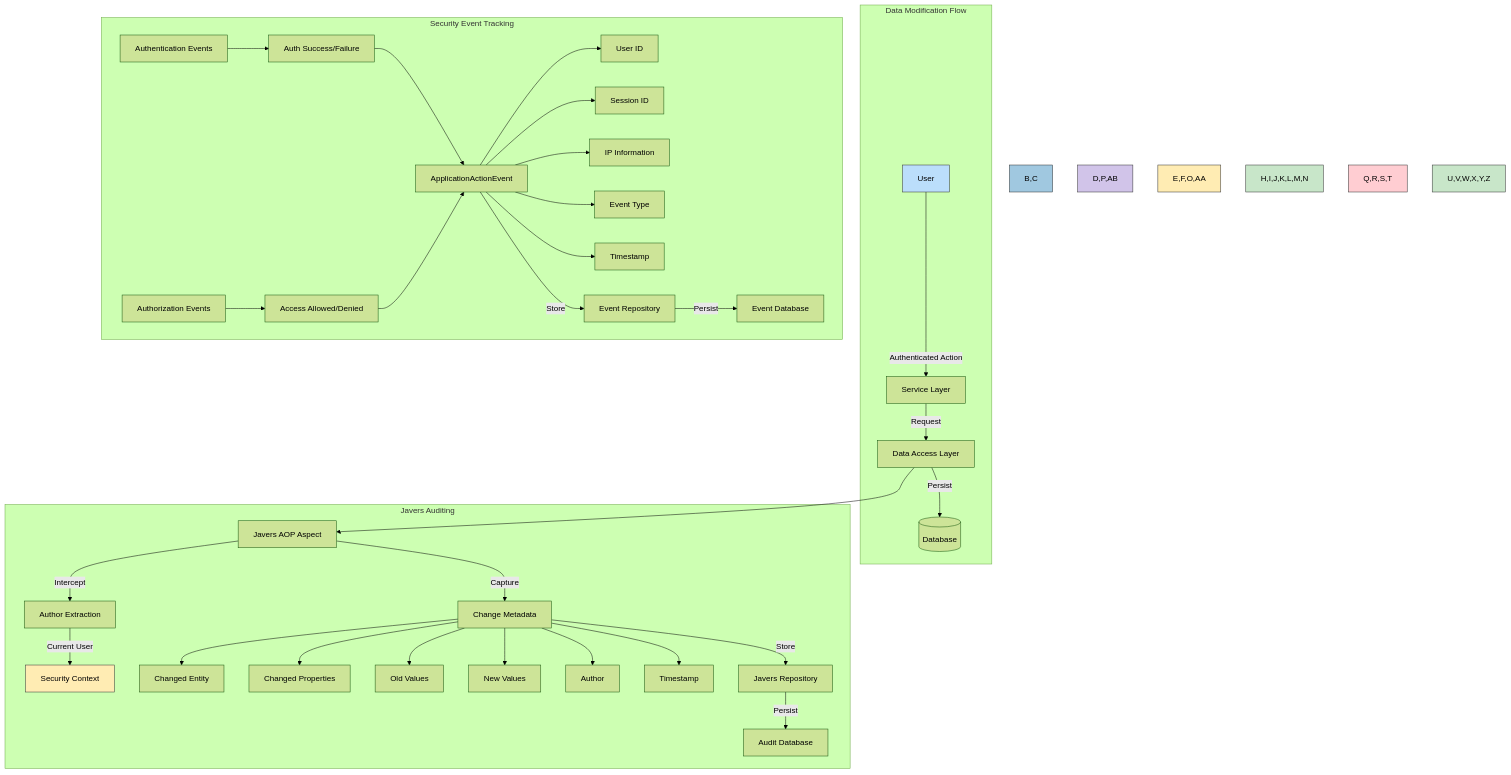
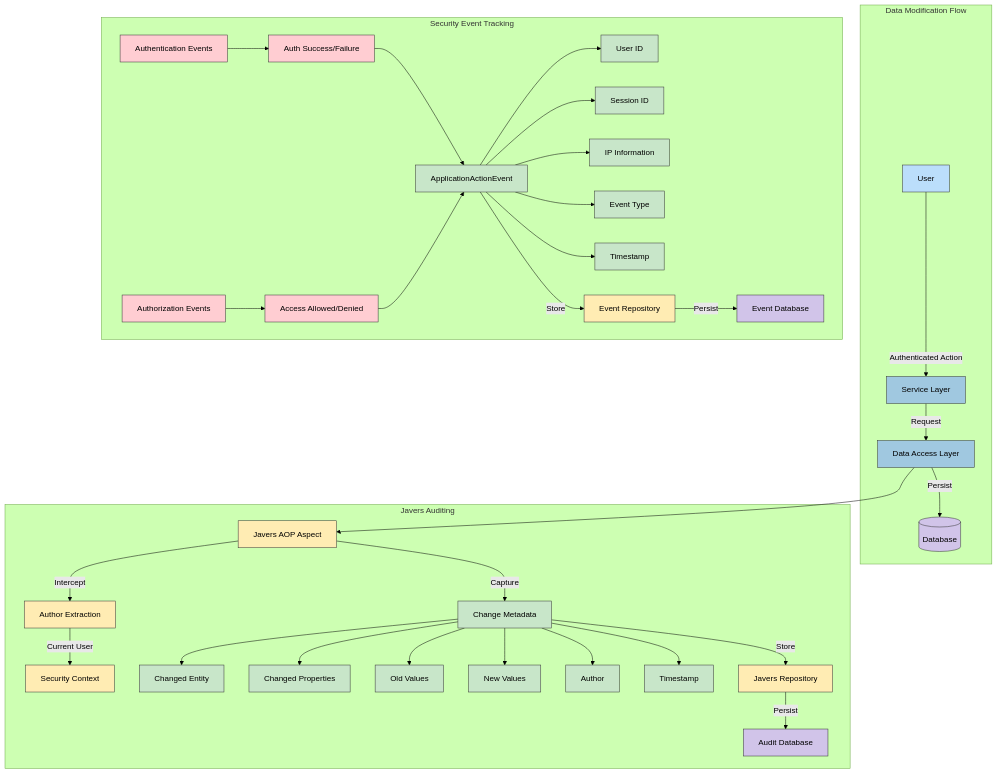
One commit to Hack23/cia changed the second of 9 diagrams in SECURITY_ARCHITECTURE.md. Above: the diagram before and after it, drawn with Mermaid (forest theme). The commit also changed other lines of this file, not shown here.

````diff
--- a/SECURITY_ARCHITECTURE.md
+++ b/SECURITY_ARCHITECTURE.md
@@ -92,49 +94,54 @@
 ```mermaid
 flowchart TD
+    classDef user fill:#bbdefb,stroke:#333,stroke-width:1px
+    classDef service fill:#a0c8e0,stroke:#333,stroke-width:1px
+    classDef database fill:#d1c4e9,stroke:#333,stroke-width:1px
+    classDef audit fill:#ffecb3,stroke:#333,stroke-width:1px,color:black
+    classDef event fill:#ffcdd2,stroke:#333,stroke-width:1px
+    classDef data fill:#c8e6c9,stroke:#333,stroke-width:1px
+    
     subgraph "Data Modification Flow"
         A[User] -->|Authenticated Action| B[Service Layer]
         B -->|Request| C[Data Access Layer]
         C -->|Persist| D[(Database)]
     end
     
     subgraph "Javers Auditing"
         C --> E[Javers AOP Aspect]
         E -->|Intercept| F[Author Extraction]
         F -->|Current User| G[Security Context]
         
         E -->|Capture| H[Change Metadata]
         H --> I[Changed Entity]
         H --> J[Changed Properties]
         H --> K[Old Values]
         H --> L[New Values]
         H --> M[Author]
         H --> N[Timestamp]
         
         H -->|Store| O[Javers Repository]
         O -->|Persist| P[Audit Database]
     end
     
     subgraph "Security Event Tracking"
         Q[Authentication Events] --> R[Auth Success/Failure]
         S[Authorization Events] --> T[Access Allowed/Denied]
         
         R & T --> U[ApplicationActionEvent]
         U --> V[User ID]
         U --> W[Session ID]
         U --> X[IP Information]
         U --> Y[Event Type]
         U --> Z[Timestamp]
         
         U -->|Store| AA[Event Repository]
         AA -->|Persist| AB[Event Database]
     end
     
-    style A fill:#bbdefb,stroke:#333,stroke-width:1px
-    style B,C fill:#a0c8e0,stroke:#333,stroke-width:1px
-    style D,P,AB fill:#d1c4e9,stroke:#333,stroke-width:1px
-    style E,F,O,AA fill:#ffecb3,stroke:#333,stroke-width:1px,color:black
-    style G fill:#ffecb3,stroke:#333,stroke-width:1px,color:black
-    style H,I,J,K,L,M,N fill:#c8e6c9,stroke:#333,stroke-width:1px
-    style Q,R,S,T fill:#ffcdd2,stroke:#333,stroke-width:1px
-    style U,V,W,X,Y,Z fill:#c8e6c9,stroke:#333,stroke-width:1px
+    class A user
+    class B,C service
+    class D,P,AB database
+    class E,F,O,AA,G audit
+    class H,I,J,K,L,M,N,U,V,W,X,Y,Z data
+    class Q,R,S,T event
 ```
````
